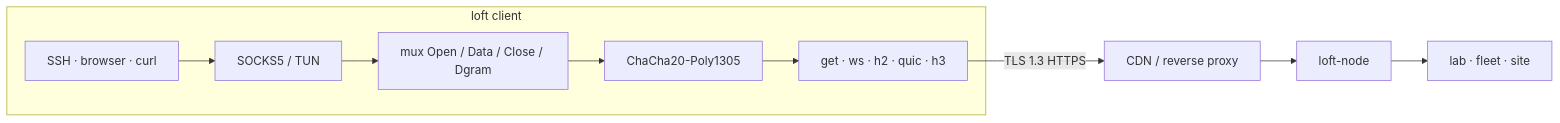
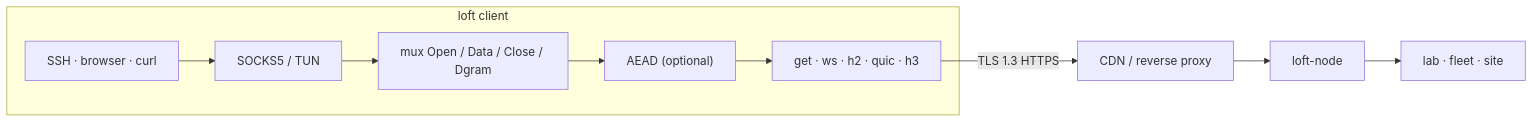
Before and after one commit to a3app/loft: the diagram in README.md, drawn with Mermaid. The commit also changed other lines of this file and 2 other files, not shown here.

Commit message:
docs: README intro says what loft is for, inner cipher is optional

````diff
--- a/README.md
+++ b/README.md
@@ -68,12 +72,12 @@
 ```mermaid
 flowchart LR
     subgraph Client["loft client"]
         App["SSH · browser · curl"] --> In["SOCKS5 / TUN"]
         In --> Mux["mux Open / Data / Close / Dgram"]
-        Mux --> Seal["ChaCha20-Poly1305"]
+        Mux --> Seal["AEAD (optional)"]
         Seal --> Front["get · ws · h2 · quic · h3"]
     end
     Front -->|"TLS 1.3 HTTPS"| Edge["CDN / reverse proxy"]
     Edge --> Node["loft-node"]
     Node --> Dest["lab · fleet · site"]
 ```
````
